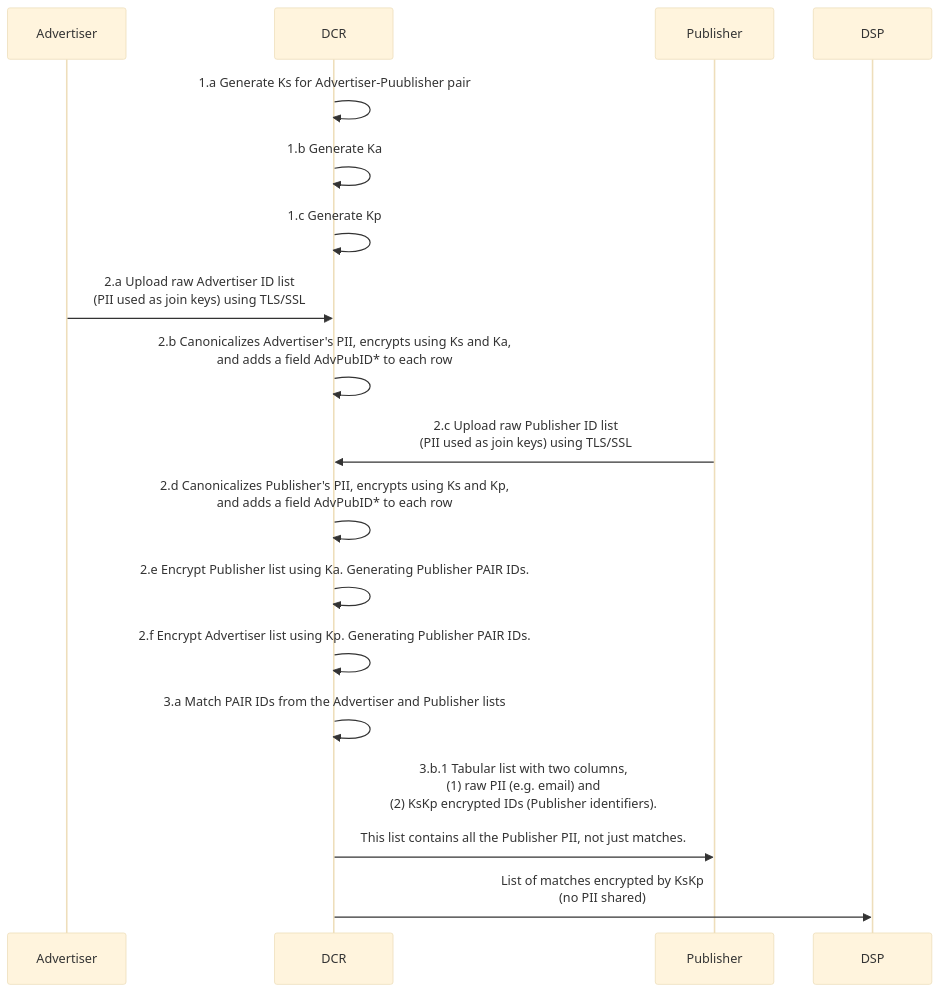
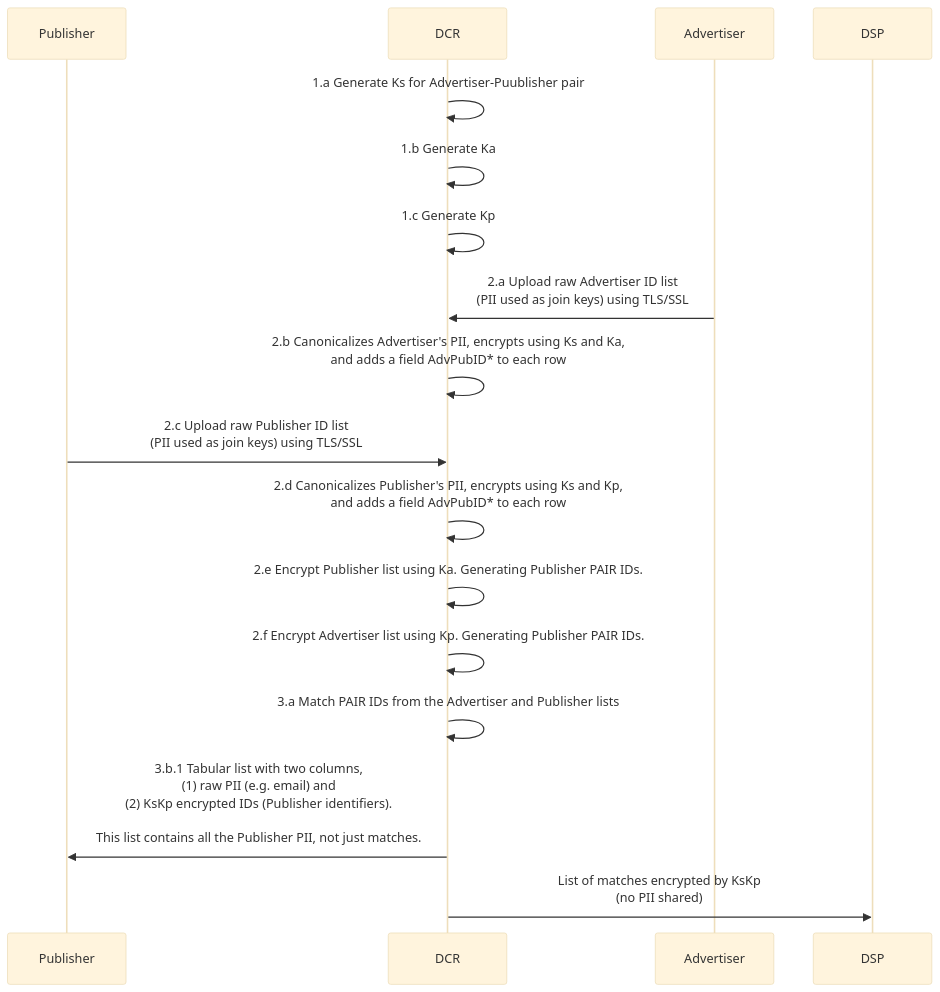
Before and after one commit to pm-harshad-mane/Diagrams: the diagram in PAIR/Single_DCR.md, drawn with Mermaid. The commit also changed other lines of this file, not shown here.

````diff
--- a/PAIR/Single_DCR.md
+++ b/PAIR/Single_DCR.md
@@ -1,25 +1,25 @@
 ```mermaid
 %%{init: {'theme': 'base', 'themeVariables': { 'participantBkgColor': '#f0f0f0', 'participantBorderColor': '#000000' }}}%%
 sequenceDiagram
 
+participant Pub as Publisher
+participant DCR
 participant Adv as Advertiser
-participant DCR
-participant Pub as Publisher
 participant DSP
 
 DCR->>DCR: 1.a Generate Ks for Advertiser-Puublisher pair
 DCR->>DCR: 1.b Generate Ka
 DCR->>DCR: 1.c Generate Kp
 
 Adv->>DCR: 2.a Upload raw Advertiser ID list <br/>(PII used as join keys) using TLS/SSL
 DCR->>DCR: 2.b Canonicalizes Advertiser's PII, encrypts using Ks and Ka,<br/> and adds a field AdvPubID* to each row
 Pub->>DCR: 2.c Upload raw Publisher ID list <br/>(PII used as join keys) using TLS/SSL
 DCR->>DCR: 2.d Canonicalizes Publisher's PII, encrypts using Ks and Kp,<br/> and adds a field AdvPubID* to each row
 DCR->>DCR: 2.e Encrypt Publisher list using Ka. Generating Publisher PAIR IDs.
 DCR->>DCR: 2.f Encrypt Advertiser list using Kp. Generating Publisher PAIR IDs.
 
 DCR->>DCR: 3.a Match PAIR IDs from the Advertiser and Publisher lists
 DCR->>Pub: 3.b.1 Tabular list with two columns, <br/>(1) raw PII (e.g. email) and <br/>(2) KsKp encrypted IDs (Publisher identifiers).<br/><br/>This list contains all the Publisher PII, not just matches.
 DCR->>DSP: List of matches encrypted by KsKp <br/>(no PII shared)
 
 ```
````
